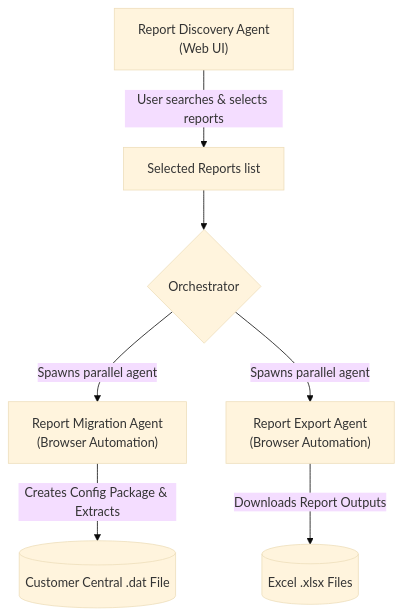
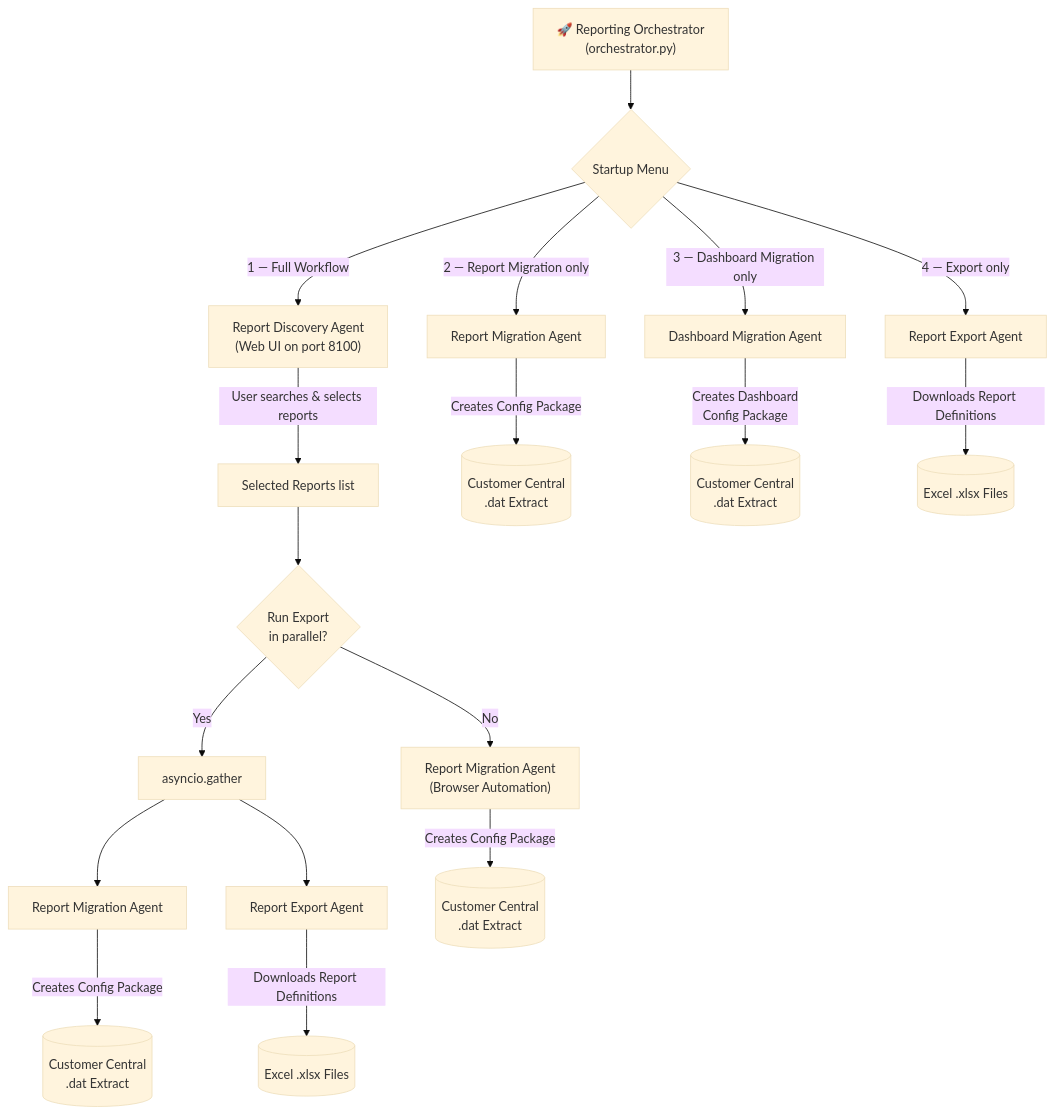
One commit to WorkdayGenAI/Workday-GenAI-Reporting changed the diagram in README.md. Above: the diagram before and after it, drawn with Mermaid (base theme). The commit also changed other lines of this file, not shown here.

Commit message:
Update README with full 4-agent architecture, mermaid flow, and project structure

````diff
--- a/README.md
+++ b/README.md
@@ -7,10 +9,24 @@
 ```mermaid
 flowchart TD
-    A["Report Discovery Agent<br/>(Web UI)"] -->|User searches & selects reports| B["Selected Reports list"]
-    B --> C{"Orchestrator"}
-    C -->|Spawns parallel agent| D["Report Migration Agent<br/>(Browser Automation)"]
-    C -->|Spawns parallel agent| E["Report Export Agent<br/>(Browser Automation)"]
-    
-    D -->|Creates Config Package & Extracts| F[("Customer Central .dat File")]
-    E -->|Downloads Report Outputs| G[("Excel .xlsx Files")]
+    START["🚀 Reporting Orchestrator<br/>(orchestrator.py)"] --> MENU{"Startup Menu"}
+
+    MENU -->|"1 — Full Workflow"| DISC["Report Discovery Agent<br/>(Web UI on port 8100)"]
+    MENU -->|"2 — Report Migration only"| MIG_ONLY["Report Migration Agent"]
+    MENU -->|"3 — Dashboard Migration only"| DASH_ONLY["Dashboard Migration Agent"]
+    MENU -->|"4 — Export only"| EXP_ONLY["Report Export Agent"]
+
+    DISC -->|"User searches & selects reports"| SELECTED["Selected Reports list"]
+    SELECTED --> TOGGLE{"Run Export<br/>in parallel?"}
+    TOGGLE -->|Yes| PARALLEL["asyncio.gather"]
+    TOGGLE -->|No| MIG["Report Migration Agent<br/>(Browser Automation)"]
+
+    PARALLEL --> MIG2["Report Migration Agent"]
+    PARALLEL --> EXP["Report Export Agent"]
+
+    MIG_ONLY -->|"Creates Config Package"| CC1[("Customer Central<br/>.dat Extract")]
+    MIG -->|"Creates Config Package"| CC2[("Customer Central<br/>.dat Extract")]
+    MIG2 -->|"Creates Config Package"| CC3[("Customer Central<br/>.dat Extract")]
+    DASH_ONLY -->|"Creates Dashboard<br/>Config Package"| CC4[("Customer Central<br/>.dat Extract")]
+    EXP -->|"Downloads Report Definitions"| EXCEL[("Excel .xlsx Files")]
+    EXP_ONLY -->|"Downloads Report Definitions"| EXCEL2[("Excel .xlsx Files")]
 ```
````
